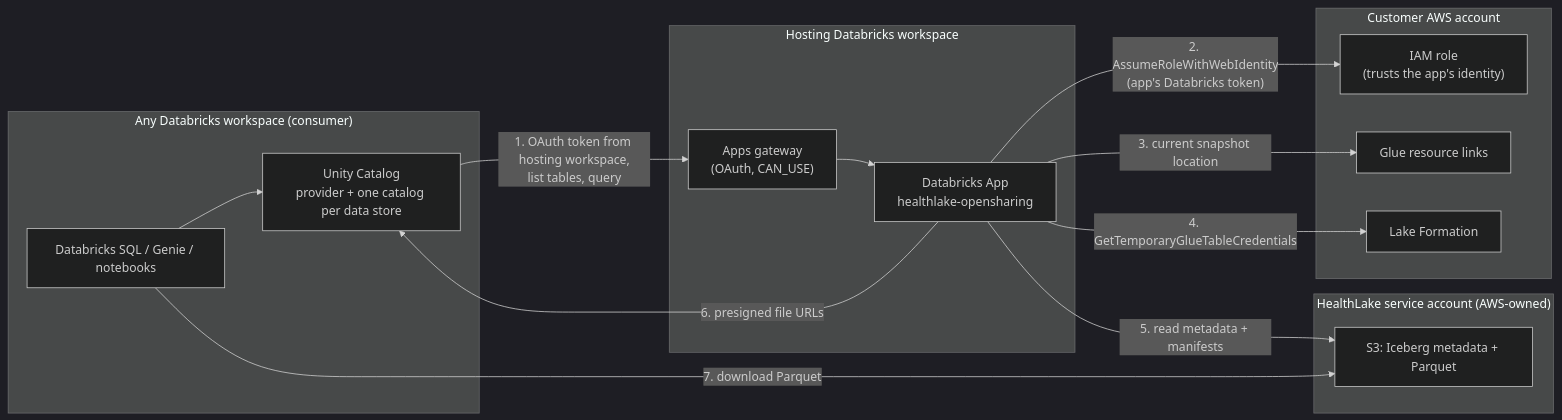
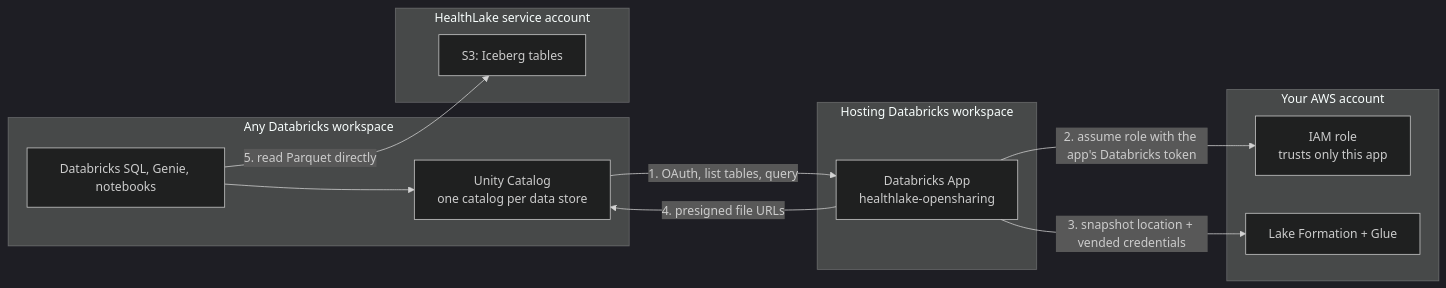
The diagram in healthlake-opensharing/README.md (databrickslabs/sandbox), drawn with Mermaid (dark theme) before and after one commit. The commit also changed other lines of this file and 20 other files, not shown here.

First line of the commit message:
healthlake-opensharing: ship only the app and its bundle

````diff
--- a/healthlake-opensharing/README.md
+++ b/healthlake-opensharing/README.md
@@ -27,27 +46,23 @@
 ```mermaid
 flowchart LR
-  subgraph consumer["Any Databricks workspace (consumer)"]
-    UC["Unity Catalog<br/>provider + one catalog per data store"]
-    SQL["Databricks SQL / Genie / notebooks"]
+  subgraph consumer["Any Databricks workspace"]
+    SQL["Databricks SQL, Genie, notebooks"]
+    UC["Unity Catalog<br/>one catalog per data store"]
   end
   subgraph host["Hosting Databricks workspace"]
-    GW["Apps gateway<br/>(OAuth, CAN_USE)"]
     APP["Databricks App<br/>healthlake-opensharing"]
   end
-  subgraph customer["Customer AWS account"]
-    ROLE["IAM role<br/>(trusts the app's identity)"]
-    GLUE["Glue resource links"]
-    LF["Lake Formation"]
+  subgraph aws["Your AWS account"]
+    ROLE["IAM role<br/>trusts only this app"]
+    LF["Lake Formation + Glue"]
   end
-  subgraph hl["HealthLake service account (AWS-owned)"]
-    S3["S3: Iceberg metadata + Parquet"]
+  subgraph hl["HealthLake service account"]
+    S3["S3: Iceberg tables"]
   end
   SQL --> UC
-  UC -- "1. OAuth token from hosting workspace,<br/>list tables, query" --> GW --> APP
-  APP -- "2. AssumeRoleWithWebIdentity<br/>(app's Databricks token)" --> ROLE
-  APP -- "3. current snapshot location" --> GLUE
-  APP -- "4. GetTemporaryGlueTableCredentials" --> LF
-  APP -- "5. read metadata + manifests" --> S3
-  APP -- "6. presigned file URLs" --> UC
-  SQL -- "7. download Parquet" --> S3
+  UC -- "1. OAuth, list tables, query" --> APP
+  APP -- "2. assume role with the app's Databricks token" --> ROLE
+  APP -- "3. snapshot location + vended credentials" --> LF
+  APP -- "4. presigned file URLs" --> UC
+  SQL -- "5. read Parquet directly" --> S3
 ```
````
